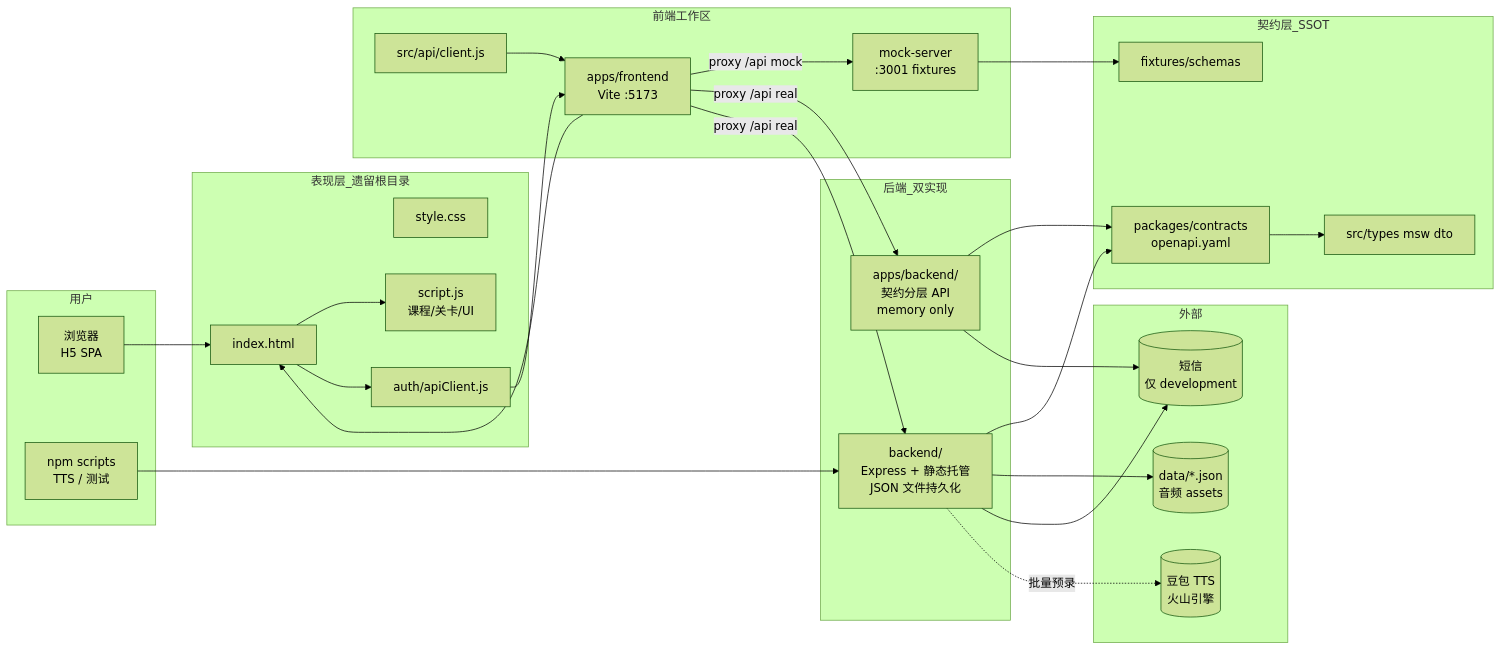
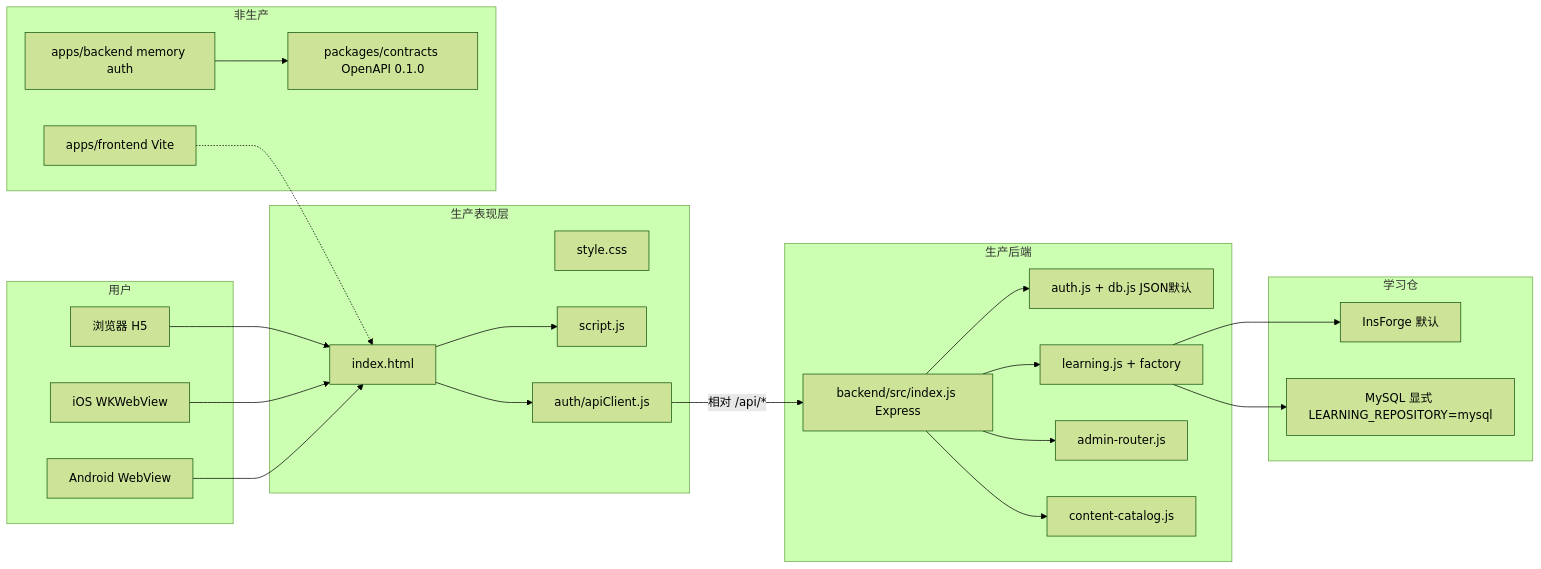
One commit to wangyirui27/baby-chuangguan changed the first of 4 diagrams in docs/codegraphy.md. Above: the diagram before and after it, drawn with Mermaid (forest theme). The commit also changed other lines of this file and 51 other files, not shown here.

````diff
--- a/docs/codegraphy.md
+++ b/docs/codegraphy.md
@@ -9,56 +42,49 @@
 ```mermaid
 flowchart LR
-    subgraph 用户
-        BROWSER[浏览器<br/>H5 SPA]
-        CLI[npm scripts<br/>TTS / 测试]
-    end
+  subgraph 用户
+    BROWSER[浏览器 H5]
+    IOS[iOS WKWebView]
+    AND[Android WebView]
+  end
 
-    subgraph 表现层_遗留根目录
-        HTML[index.html]
-        CSS[style.css]
-        JS[script.js<br/>课程/关卡/UI]
-        AUTH[auth/apiClient.js]
-    end
+  subgraph 生产表现层
+    HTML[index.html]
+    CSS[style.css]
+    JS[script.js]
+    AUTH[auth/apiClient.js]
+  end
 
-    subgraph 前端工作区
-        VITE[apps/frontend<br/>Vite :5173]
-        MOCK[mock-server<br/>:3001 fixtures]
-        FEAPI[src/api/client.js]
-    end
+  subgraph 生产后端
+    BE[backend/src/index.js Express]
+    AUTHBE[auth.js + db.js JSON默认]
+    LEARNBE[learning.js + factory]
+    ADMIN[admin-router.js]
+    CONTENT[content-catalog.js]
+  end
 
-    subgraph 契约层_SSOT
-        OAPI[packages/contracts<br/>openapi.yaml]
-        FIX[fixtures/schemas]
-        GEN[src/types msw dto]
-    end
+  subgraph 学习仓
+    IF[InsForge 默认]
+    MY[MySQL 显式 LEARNING_REPOSITORY=mysql]
+  end
 
-    subgraph 后端_双实现
-        LEGACY[backend/<br/>Express + 静态托管<br/>JSON 文件持久化]
-        NEWAPI[apps/backend/<br/>契约分层 API<br/>memory only]
-    end
+  subgraph 非生产
+    VITE[apps/frontend Vite]
+    NBE[apps/backend memory auth]
+    CTR[packages/contracts OpenAPI 0.1.0]
+  end
 
-    subgraph 外部
-        DOUBAO[(豆包 TTS<br/>火山引擎)]
-        SMS[(短信<br/>仅 development)]
-        DISK[(data/*.json<br/>音频 assets)]
-    end
-
-    BROWSER --> HTML
-    HTML --> JS
-    HTML --> AUTH
-    VITE --> HTML
-    VITE -->|proxy /api mock| MOCK
-    VITE -->|proxy /api real| NEWAPI
-    VITE -->|proxy /api real| LEGACY
-    AUTH --> VITE
-    FEAPI --> VITE
-    MOCK --> FIX
-    NEWAPI --> OAPI
-    LEGACY --> OAPI
-    LEGACY --> DISK
-    LEGACY --> SMS
-    NEWAPI --> SMS
-    CLI --> LEGACY
-    LEGACY -.->|批量预录| DOUBAO
-    OAPI --> GEN
+  BROWSER --> HTML
+  IOS --> HTML
+  AND --> HTML
+  HTML --> JS
+  HTML --> AUTH
+  AUTH -->|相对 /api/*| BE
+  BE --> AUTHBE
+  BE --> LEARNBE
+  BE --> ADMIN
+  BE --> CONTENT
+  LEARNBE --> IF
+  LEARNBE --> MY
+  VITE -.-> HTML
+  NBE --> CTR
 ```
````
